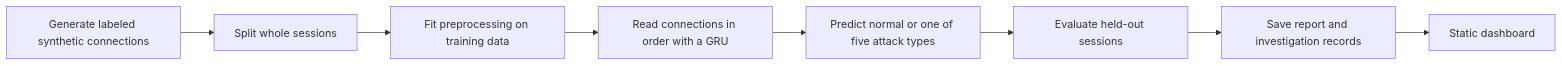
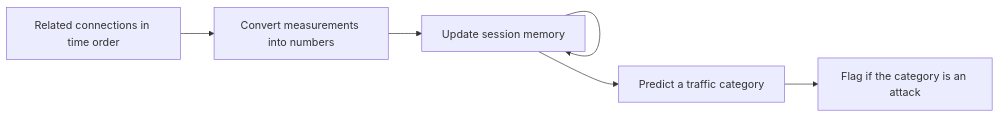
One commit to khicklin23/IDS-ML-Project changed the diagram in README.md. Above: the diagram before and after it, drawn with Mermaid. The commit also changed other lines of this file and 1 other file, not shown here.

````diff
--- a/README.md
+++ b/README.md
@@ -43,10 +21,8 @@
 ```mermaid
 flowchart LR
-    A[Generate labeled synthetic connections] --> B[Split whole sessions]
-    B --> C[Fit preprocessing on training data]
-    C --> D[Read connections in order with a GRU]
-    D --> E[Predict normal or one of five attack types]
-    E --> F[Evaluate held-out sessions]
-    F --> G[Save report and investigation records]
-    G --> H[Static dashboard]
+    A[Related connections in time order] --> B[Convert measurements into numbers]
+    B --> C[Update session memory]
+    C --> C
+    C --> D[Predict a traffic category]
+    D --> E[Flag if the category is an attack]
 ```
````
